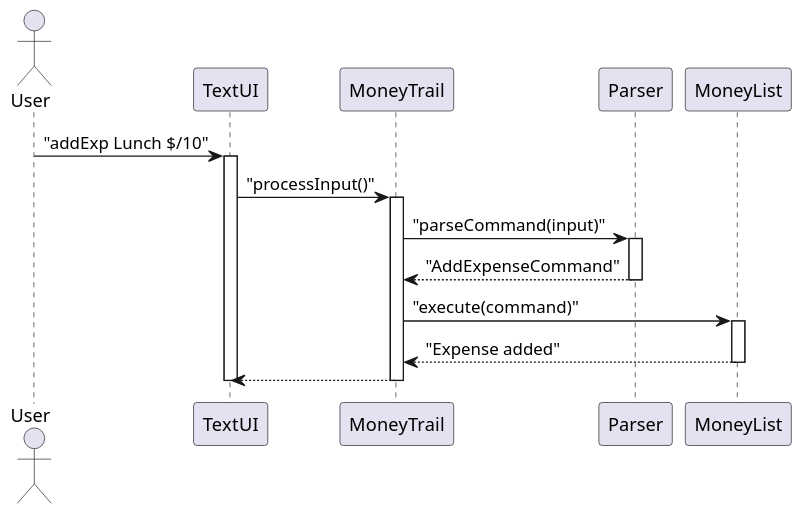
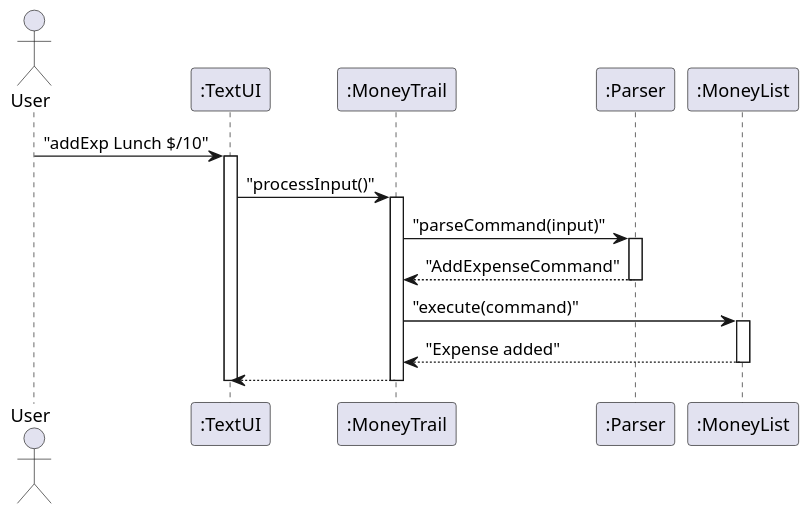
One commit to EdwinTun98/tp changed the diagram in docs/diagrams/MoneyTrail_Seq.puml. Above: the diagram before and after it, drawn with PlantUML. The commit also changed 30 other files, not shown here.

Commit message:
Added colons in front of entites in all sequence diagrams

```diff
--- a/docs/diagrams/MoneyTrail_Seq.puml
+++ b/docs/diagrams/MoneyTrail_Seq.puml
@@ -1,24 +1,24 @@
 @startuml MoneyTrail_Sequence_Activation
 scale 1.3
 actor User
-participant TextUI
-participant MoneyTrail
-participant Parser
-participant MoneyList
+participant TextUI as ":TextUI"
+participant MoneyTrail as ":MoneyTrail"
+participant Parser as ":Parser"
+participant MoneyList as ":MoneyList"
 
 User -> TextUI : "addExp Lunch $/10"
 activate TextUI
 TextUI -> MoneyTrail : "processInput()"
 activate MoneyTrail
 MoneyTrail -> Parser : "parseCommand(input)"
 activate Parser
 Parser --> MoneyTrail : "AddExpenseCommand"
 deactivate Parser
 MoneyTrail -> MoneyList : "execute(command)"
 activate MoneyList
 MoneyList --> MoneyTrail : "Expense added"
 deactivate MoneyList
 MoneyTrail --> TextUI
 deactivate MoneyTrail
 deactivate TextUI
 @enduml
```
